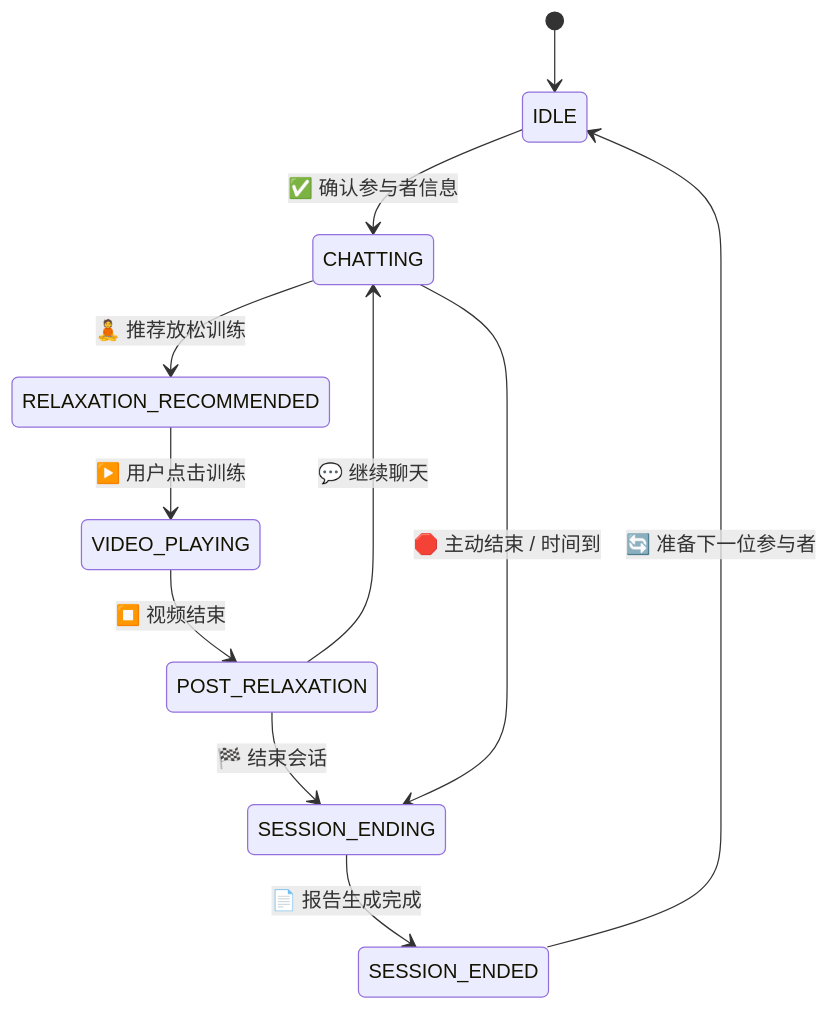
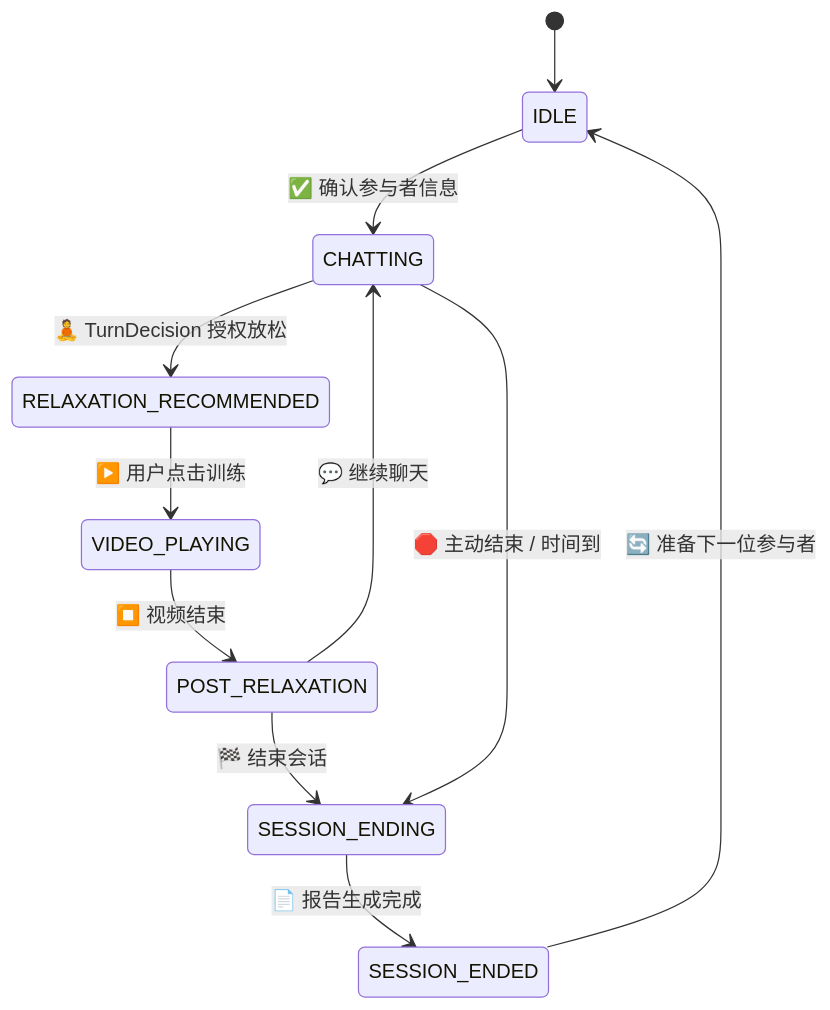
The second of 4 diagrams in README.md (jersery66/voicechat3), drawn with Mermaid before and after one commit. The commit also changed other lines of this file and 3 other files, not shown here.

Commit message:
docs: align validation-ready architecture

````diff
--- a/README.md
+++ b/README.md
@@ -192,13 +229,13 @@
 ```mermaid
 stateDiagram-v2
     [*] --> IDLE
     IDLE --> CHATTING: ✅ 确认参与者信息
-    CHATTING --> RELAXATION_RECOMMENDED: 🧘 推荐放松训练
+    CHATTING --> RELAXATION_RECOMMENDED: 🧘 TurnDecision 授权放松
     RELAXATION_RECOMMENDED --> VIDEO_PLAYING: ▶️ 用户点击训练
     VIDEO_PLAYING --> POST_RELAXATION: ⏹️ 视频结束
     POST_RELAXATION --> CHATTING: 💬 继续聊天
     POST_RELAXATION --> SESSION_ENDING: 🏁 结束会话
     CHATTING --> SESSION_ENDING: 🛑 主动结束 / 时间到
     SESSION_ENDING --> SESSION_ENDED: 📄 报告生成完成
     SESSION_ENDED --> IDLE: 🔄 准备下一位参与者
 ```
````
